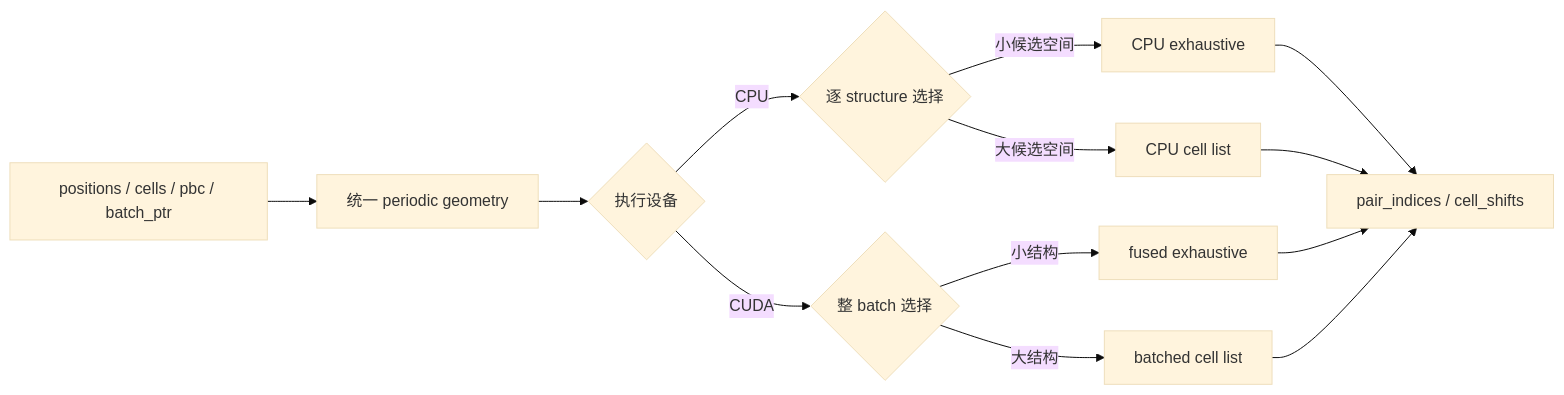
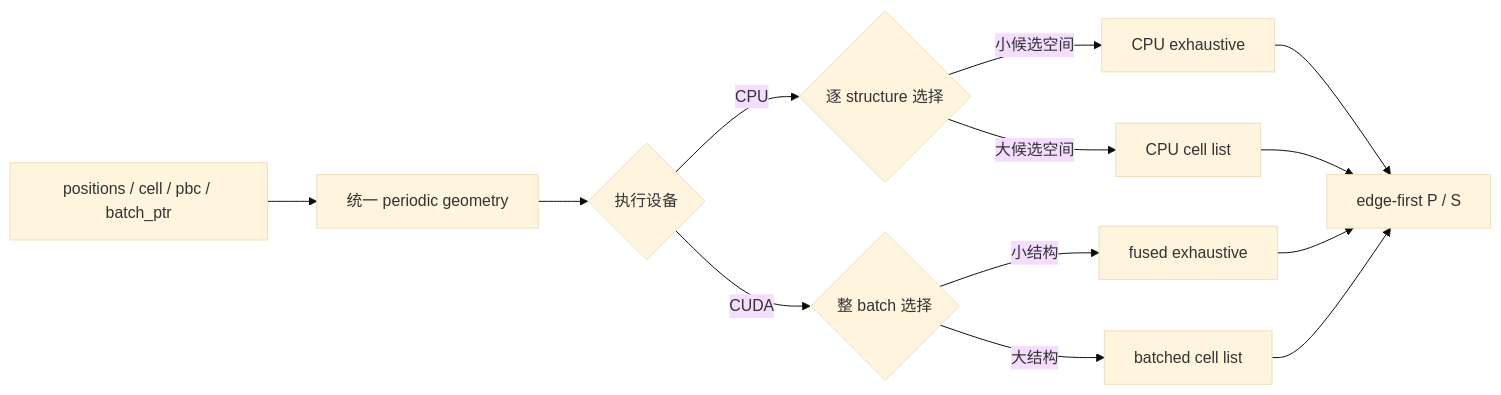
One commit to songfeitong/tonari changed the diagram in docs/algorithm-overview.md. Above: the diagram before and after it, drawn with Mermaid (base theme). The commit also changed other lines of this file and 38 other files, not shown here.

````diff
--- a/docs/algorithm-overview.md
+++ b/docs/algorithm-overview.md
@@ -23,15 +23,15 @@
 ```mermaid
 flowchart LR
-    A["positions / cells / pbc / batch_ptr"] --> B["统一 periodic geometry"]
+    A["positions / cell / pbc / batch_ptr"] --> B["统一 periodic geometry"]
     B --> C{"执行设备"}
     C -- "CPU" --> D{"逐 structure 选择"}
     D -- "小候选空间" --> E["CPU exhaustive"]
     D -- "大候选空间" --> F["CPU cell list"]
     C -- "CUDA" --> G{"整 batch 选择"}
     G -- "小结构" --> H["fused exhaustive"]
     G -- "大结构" --> I["batched cell list"]
-    E --> J["pair_indices / cell_shifts"]
+    E --> J["edge-first P / S"]
     F --> J
     H --> J
     I --> J
 ```
````
